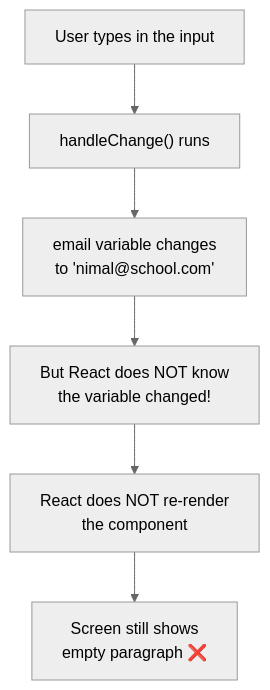
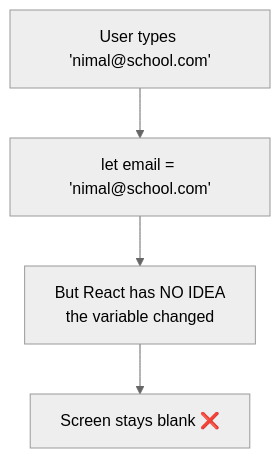
Before and after one commit to Nimsika-Bosilu/designHer_2.0-Student-Attendance-Management-System: the third of 10 diagrams in frontend/README.md, drawn with Mermaid (neutral theme). The commit also changed other lines of this file, not shown here.

Commit message:
docs: add frontend implementation guide and architectural documentation for React integration

````diff
--- a/frontend/README.md
+++ b/frontend/README.md
@@ -148,8 +112,6 @@
 ```mermaid
 flowchart TD
-    A["User types in the input"] --> B["handleChange() runs"]
-    B --> C["email variable changes\nto 'nimal@school.com'"]
-    C --> D["But React does NOT know\nthe variable changed!"]
-    D --> E["React does NOT re-render\nthe component"]
-    E --> F["Screen still shows\nempty paragraph ❌"]
+    A["User types 'nimal@school.com'"] --> B["let email = 'nimal@school.com'"]
+    B --> C["But React has NO IDEA\nthe variable changed"]
+    C --> D["Screen stays blank ❌"]
 ```
````
